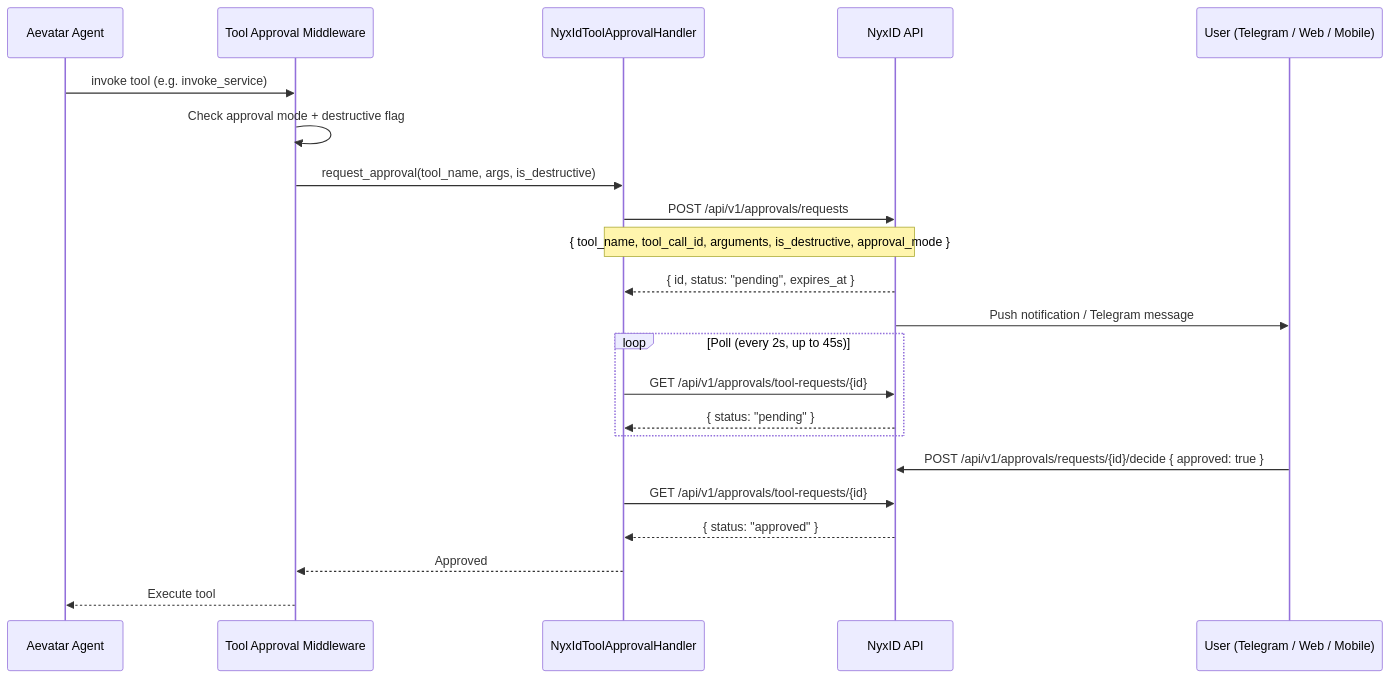
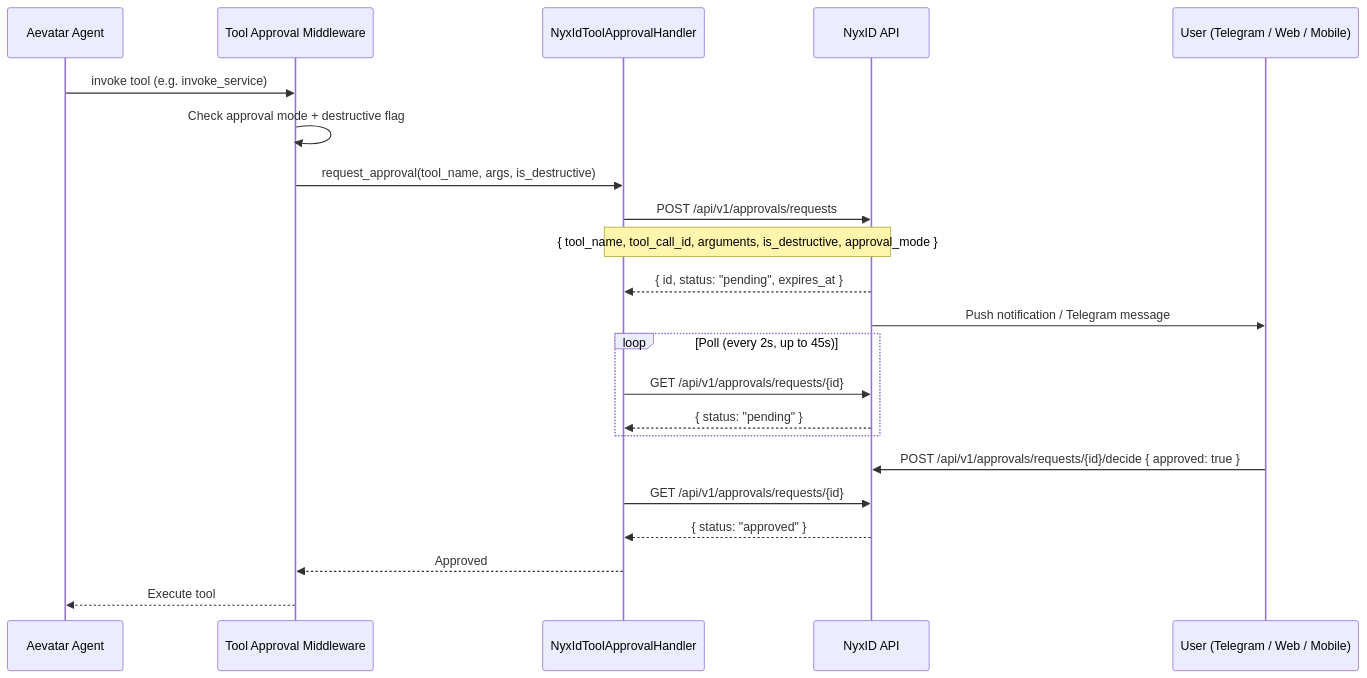
One commit to yonasBSD/NyxID changed diagram 11 of 16 in docs/CHANNEL_BOT_RELAY.md. Above: the diagram before and after it, drawn with Mermaid. The commit also changed other lines of this file and 2 other files, not shown here.

First line of the commit message:
refactor: remove dedicated tool-requests polling endpoint

````diff
--- a/docs/CHANNEL_BOT_RELAY.md
+++ b/docs/CHANNEL_BOT_RELAY.md
@@ -668,31 +668,31 @@
 ```mermaid
 sequenceDiagram
     participant A as Aevatar Agent
     participant M as Tool Approval Middleware
     participant H as NyxIdToolApprovalHandler
     participant N as NyxID API
     participant U as User (Telegram / Web / Mobile)
 
     A->>M: invoke tool (e.g. invoke_service)
     M->>M: Check approval mode + destructive flag
     M->>H: request_approval(tool_name, args, is_destructive)
 
     H->>N: POST /api/v1/approvals/requests
     Note over H,N: { tool_name, tool_call_id, arguments, is_destructive, approval_mode }
     N-->>H: { id, status: "pending", expires_at }
 
     N->>U: Push notification / Telegram message
 
     loop Poll (every 2s, up to 45s)
-        H->>N: GET /api/v1/approvals/tool-requests/{id}
+        H->>N: GET /api/v1/approvals/requests/{id}
         N-->>H: { status: "pending" }
     end
 
     U->>N: POST /api/v1/approvals/requests/{id}/decide { approved: true }
 
-    H->>N: GET /api/v1/approvals/tool-requests/{id}
+    H->>N: GET /api/v1/approvals/requests/{id}
     N-->>H: { status: "approved" }
 
     H-->>M: Approved
     M-->>A: Execute tool
 ```
````
